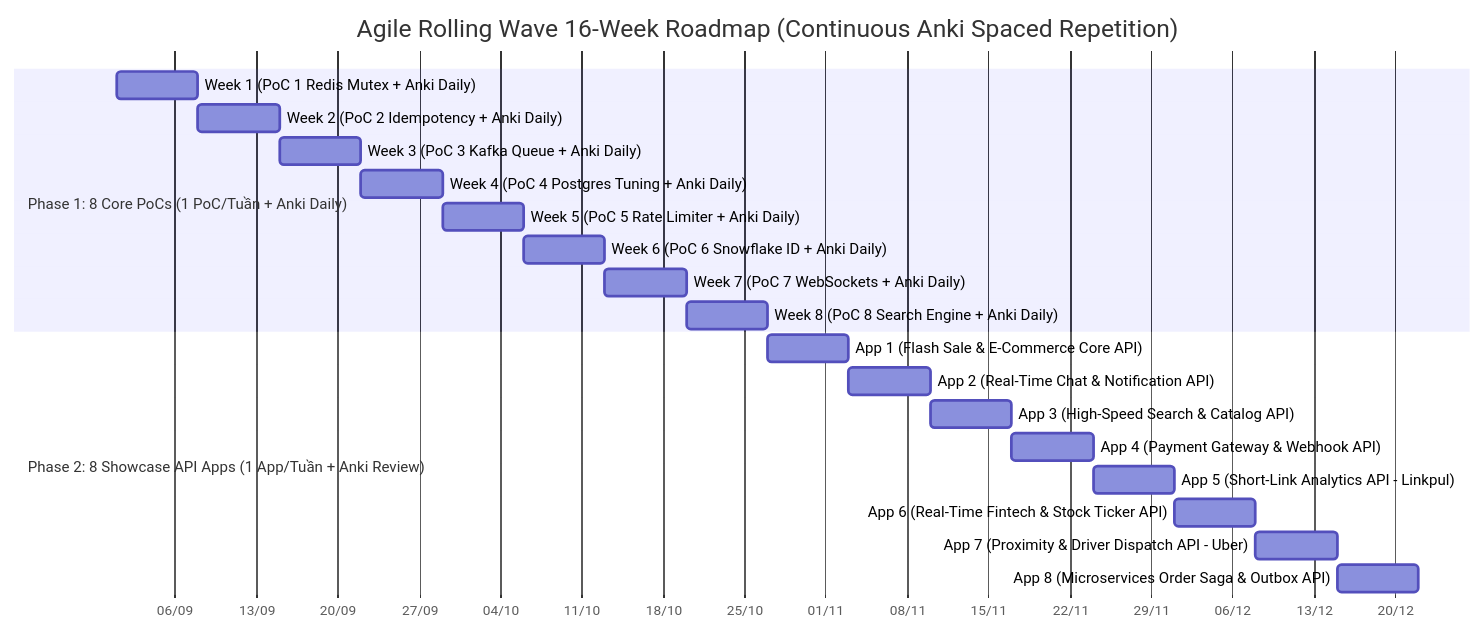
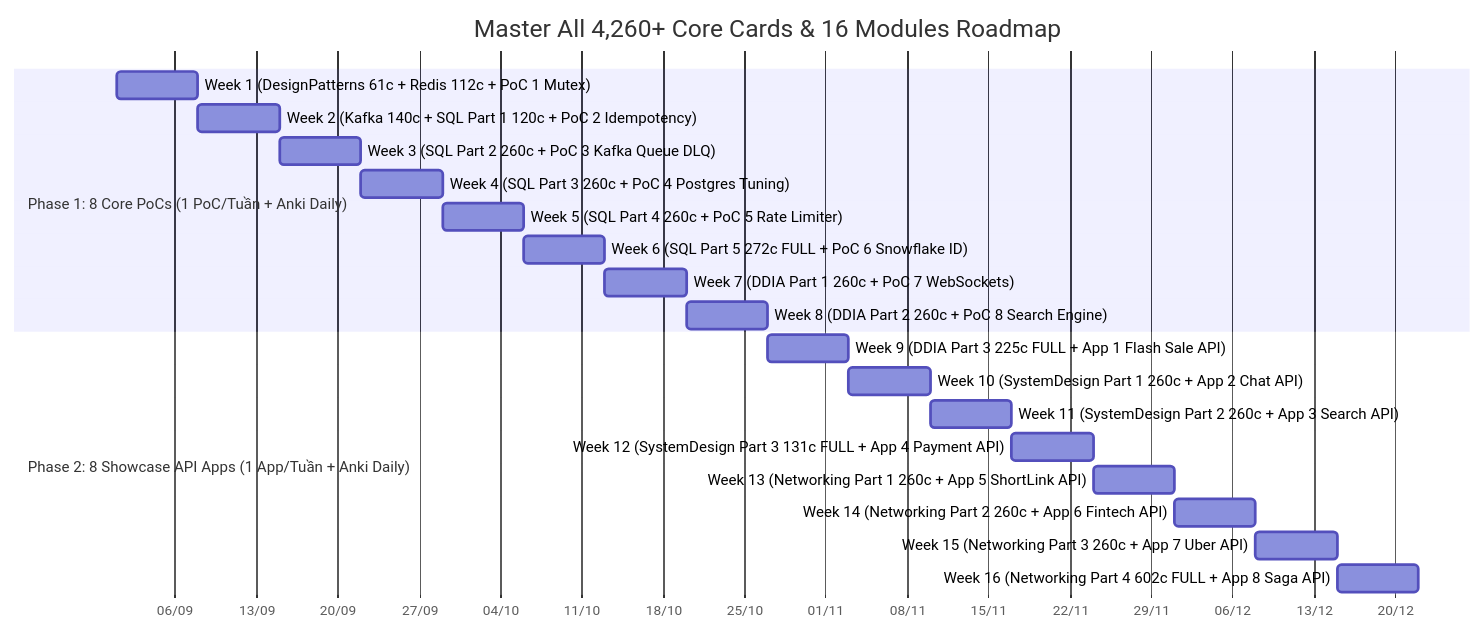
The diagram in SENIOR_ENGINEERING_ROADMAP_16WEEKS.md (khanhduong22/backend-engineering-system-design), drawn with Mermaid before and after one commit. The commit also changed other lines of this file, not shown here.

Commit message:
Feat: Expand 16-Week Roadmap to cover 100% ALL 4,263 Core Master Cards

````diff
--- a/SENIOR_ENGINEERING_ROADMAP_16WEEKS.md
+++ b/SENIOR_ENGINEERING_ROADMAP_16WEEKS.md
@@ -11,26 +11,26 @@
 ```mermaid
 gantt
-    title Agile Rolling Wave 16-Week Roadmap (Continuous Anki Spaced Repetition)
+    title Master All 4,260+ Core Cards & 16 Modules Roadmap
     dateFormat YYYY-MM-DD
     axisFormat %d/%m
 
     section Phase 1: 8 Core PoCs (1 PoC/Tuần + Anki Daily)
-    Week 1 (PoC 1 Redis Mutex + Anki Daily)            :w1, 2026-09-01, 7d
-    Week 2 (PoC 2 Idempotency + Anki Daily)            :w2, after w1, 7d
-    Week 3 (PoC 3 Kafka Queue + Anki Daily)            :w3, after w2, 7d
-    Week 4 (PoC 4 Postgres Tuning + Anki Daily)        :w4, after w3, 7d
-    Week 5 (PoC 5 Rate Limiter + Anki Daily)            :w5, after w4, 7d
-    Week 6 (PoC 6 Snowflake ID + Anki Daily)            :w6, after w5, 7d
-    Week 7 (PoC 7 WebSockets + Anki Daily)             :w7, after w6, 7d
-    Week 8 (PoC 8 Search Engine + Anki Daily)          :w8, after w7, 7d
+    Week 1 (DesignPatterns 61c + Redis 112c + PoC 1 Mutex)   :w1, 2026-09-01, 7d
+    Week 2 (Kafka 140c + SQL Part 1 120c + PoC 2 Idempotency):w2, after w1, 7d
+    Week 3 (SQL Part 2 260c + PoC 3 Kafka Queue DLQ)          :w3, after w2, 7d
+    Week 4 (SQL Part 3 260c + PoC 4 Postgres Tuning)          :w4, after w3, 7d
+    Week 5 (SQL Part 4 260c + PoC 5 Rate Limiter)             :w5, after w4, 7d
+    Week 6 (SQL Part 5 272c FULL + PoC 6 Snowflake ID)        :w6, after w5, 7d
+    Week 7 (DDIA Part 1 260c + PoC 7 WebSockets)             :w7, after w6, 7d
+    Week 8 (DDIA Part 2 260c + PoC 8 Search Engine)          :w8, after w7, 7d
 
-    section Phase 2: 8 Showcase API Apps (1 App/Tuần + Anki Review)
-    App 1 (Flash Sale & E-Commerce Core API)           :a1, after w8, 7d
-    App 2 (Real-Time Chat & Notification API)          :a2, after a1, 7d
-    App 3 (High-Speed Search & Catalog API)            :a3, after a2, 7d
-    App 4 (Payment Gateway & Webhook API)              :a4, after a3, 7d
-    App 5 (Short-Link Analytics API - Linkpul)         :a5, after a4, 7d
-    App 6 (Real-Time Fintech & Stock Ticker API)       :a6, after a5, 7d
-    App 7 (Proximity & Driver Dispatch API - Uber)     :a7, after a6, 7d
-    App 8 (Microservices Order Saga & Outbox API)      :a8, after a7, 7d
+    section Phase 2: 8 Showcase API Apps (1 App/Tuần + Anki Daily)
+    Week 9 (DDIA Part 3 225c FULL + App 1 Flash Sale API)     :w9, after w8, 7d
+    Week 10 (SystemDesign Part 1 260c + App 2 Chat API)       :w10, after w9, 7d
+    Week 11 (SystemDesign Part 2 260c + App 3 Search API)     :w11, after w10, 7d
+    Week 12 (SystemDesign Part 3 131c FULL + App 4 Payment API):w12, after w11, 7d
+    Week 13 (Networking Part 1 260c + App 5 ShortLink API)    :w13, after w12, 7d
+    Week 14 (Networking Part 2 260c + App 6 Fintech API)      :w14, after w13, 7d
+    Week 15 (Networking Part 3 260c + App 7 Uber API)         :w15, after w14, 7d
+    Week 16 (Networking Part 4 602c FULL + App 8 Saga API)    :w16, after w15, 7d
 ```
````
